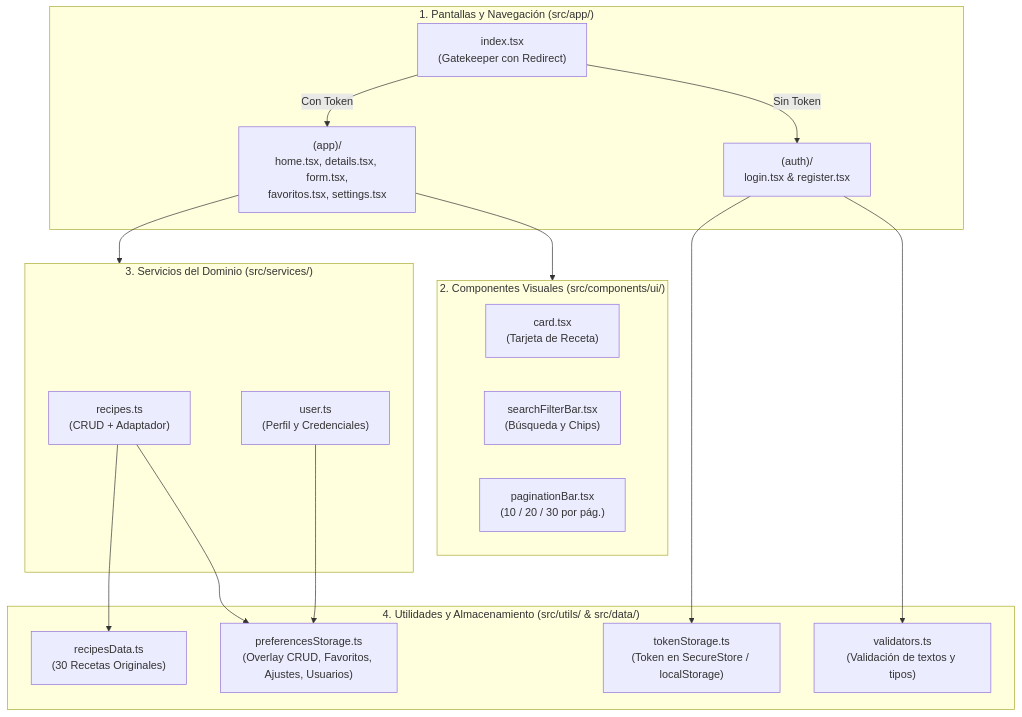
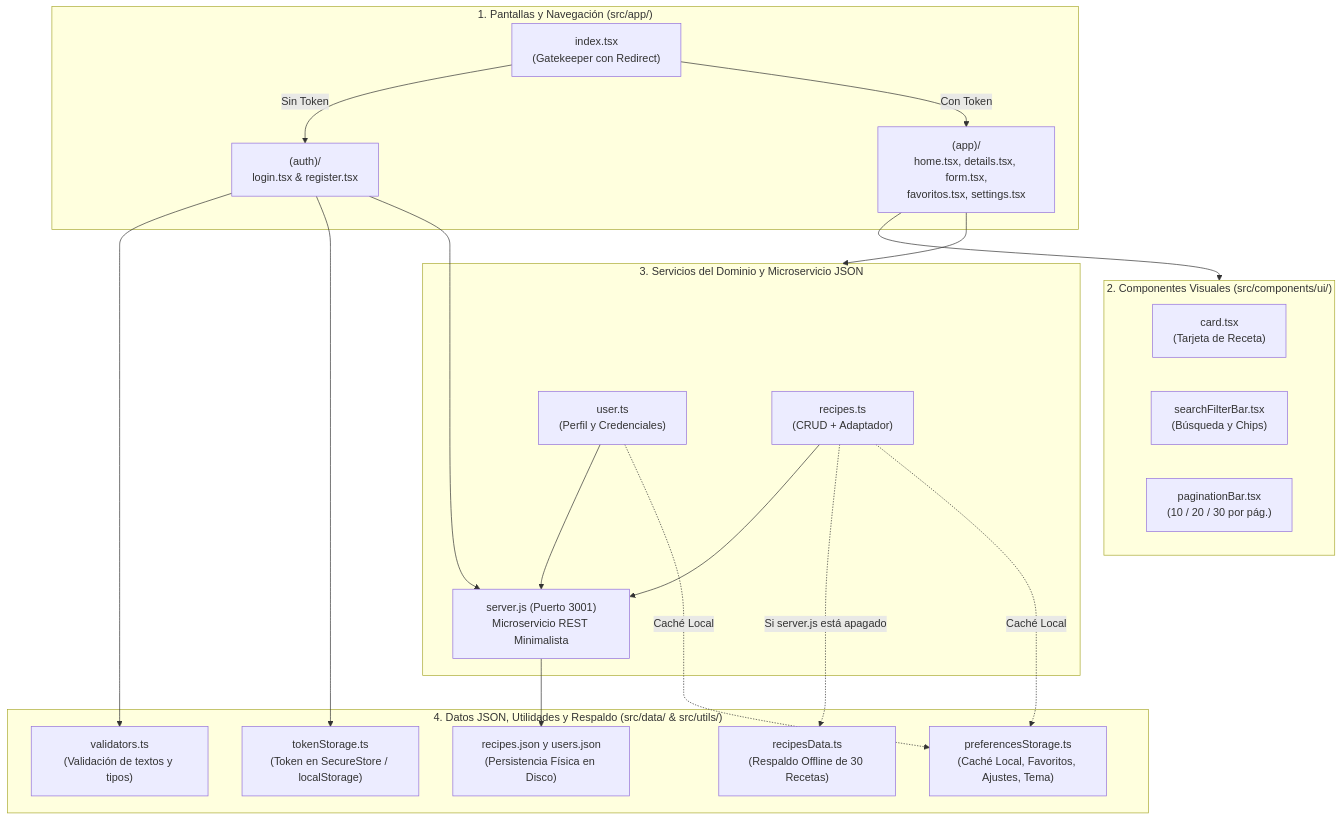
One commit to IceColdManny64/GastroApp changed the diagram in GUIA_ESTUDIO_Y_DEFENSA_GASTROLAB.md. Above: the diagram before and after it, drawn with Mermaid. The commit also changed other lines of this file and 26 other files, not shown here.

Commit message:
refactor(crud): simplify JSON microservice architecture, fix CRUD/image/alert bugs, add automated tests, and update specs & guides

````diff
--- a/GUIA_ESTUDIO_Y_DEFENSA_GASTROLAB.md
+++ b/GUIA_ESTUDIO_Y_DEFENSA_GASTROLAB.md
@@ -62,36 +62,42 @@
 ```mermaid
 flowchart TD
     subgraph UI ["1. Pantallas y Navegación (src/app/)"]
         INDEX["index.tsx\n(Gatekeeper con Redirect)"]
         AUTH["(auth)/\nlogin.tsx & register.tsx"]
         APP["(app)/\nhome.tsx, details.tsx, form.tsx,\nfavoritos.tsx, settings.tsx"]
     end
 
     subgraph COMP ["2. Componentes Visuales (src/components/ui/)"]
         CARD["card.tsx\n(Tarjeta de Receta)"]
         FILTER["searchFilterBar.tsx\n(Búsqueda y Chips)"]
         PAG["paginationBar.tsx\n(10 / 20 / 30 por pág.)"]
     end
 
-    subgraph SERV ["3. Servicios del Dominio (src/services/)"]
+    subgraph SERV ["3. Servicios del Dominio y Microservicio JSON"]
         REC_SRV["recipes.ts\n(CRUD + Adaptador)"]
         USR_SRV["user.ts\n(Perfil y Credenciales)"]
+        NODE_SRV["server.js (Puerto 3001)\nMicroservicio REST Minimalista"]
     end
 
-    subgraph UTIL ["4. Utilidades y Almacenamiento (src/utils/ & src/data/)"]
-        DATA["recipesData.ts\n(30 Recetas Originales)"]
-        PREF["preferencesStorage.ts\n(Overlay CRUD, Favoritos, Ajustes, Usuarios)"]
+    subgraph UTIL ["4. Datos JSON, Utilidades y Respaldo (src/data/ & src/utils/)"]
+        JSONS["recipes.json y users.json\n(Persistencia Física en Disco)"]
+        DATA["recipesData.ts\n(Respaldo Offline de 30 Recetas)"]
+        PREF["preferencesStorage.ts\n(Caché Local, Favoritos, Ajustes, Tema)"]
         TOK["tokenStorage.ts\n(Token en SecureStore / localStorage)"]
         VAL["validators.ts\n(Validación de textos y tipos)"]
     end
 
     INDEX -->|Sin Token| AUTH
     INDEX -->|Con Token| APP
     APP --> COMP
     AUTH --> VAL
     AUTH --> TOK
+    AUTH --> NODE_SRV
     APP --> SERV
-    REC_SRV --> DATA
-    REC_SRV --> PREF
-    USR_SRV --> PREF
+    REC_SRV --> NODE_SRV
+    USR_SRV --> NODE_SRV
+    NODE_SRV --> JSONS
+    REC_SRV -.->|Si server.js está apagado| DATA
+    REC_SRV -.->|Caché Local| PREF
+    USR_SRV -.->|Caché Local| PREF
 ```
````
